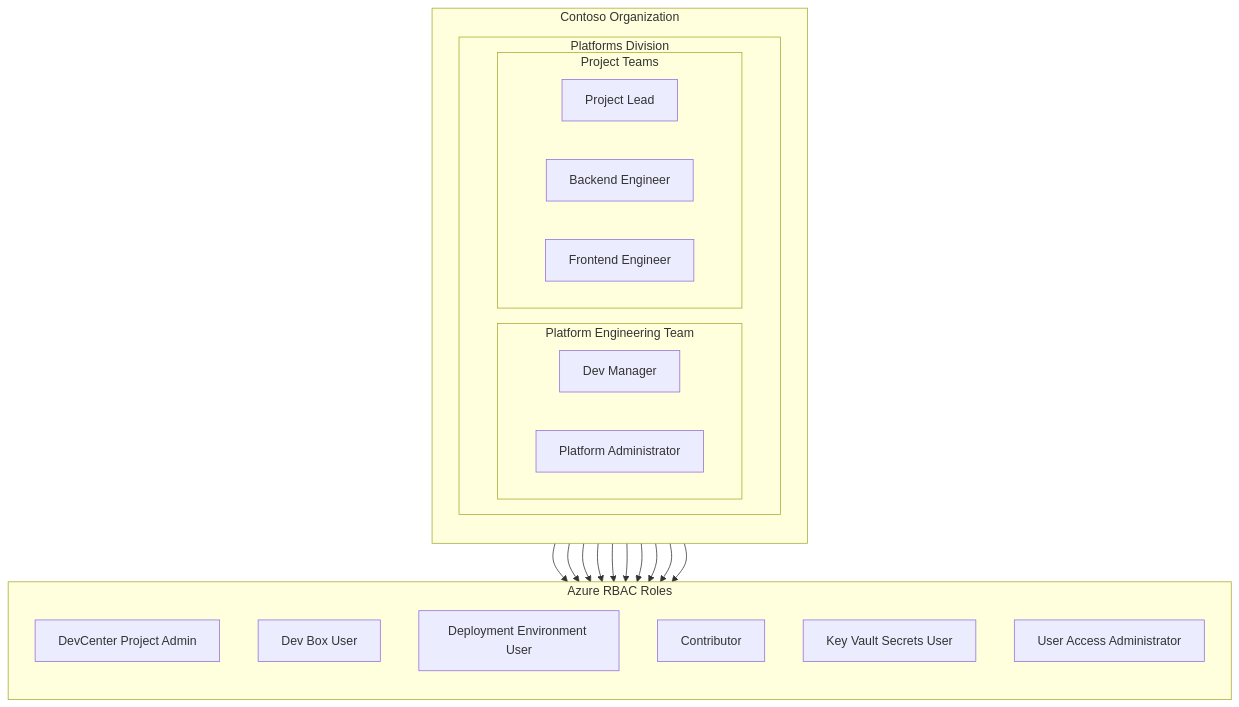
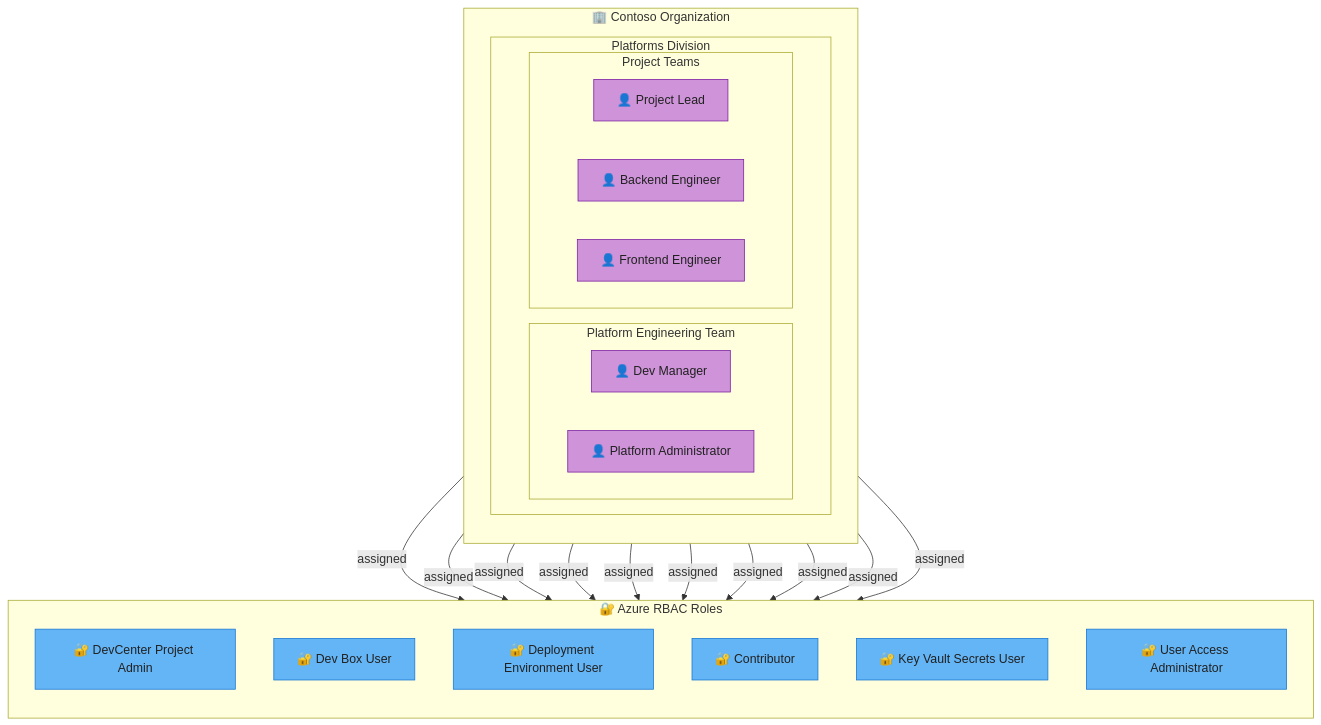
Before and after one commit to Evilazaro/DevExp-DevBox: the fifth of 5 diagrams in docs/architecture/Business.md, drawn with Mermaid. The commit also changed other lines of this file, not shown here.

Commit message:
docs: enhance Business Architecture diagrams with improved clarity, emoji labels, and Material Design styling

````diff
--- a/docs/architecture/Business.md
+++ b/docs/architecture/Business.md
@@ -370,40 +461,49 @@
 ```mermaid
 flowchart TB
-    subgraph Organization["Contoso Organization"]
+    direction TB
+
+    subgraph organization["🏢 Contoso Organization"]
         direction TB
-        subgraph Division["Platforms Division"]
+        subgraph division["Platforms Division"]
             direction LR
-            subgraph PlatformTeam["Platform Engineering Team"]
-                DM["Dev Manager"]
-                PA["Platform Administrator"]
+
+            subgraph platformTeam["Platform Engineering Team"]
+                devManager["👤 Dev Manager"]
+                platformAdmin["👤 Platform Administrator"]
             end
 
-            subgraph ProjectTeam["Project Teams"]
-                PL["Project Lead"]
-                BE["Backend Engineer"]
-                FE["Frontend Engineer"]
+            subgraph projectTeams["Project Teams"]
+                projectLead["👤 Project Lead"]
+                backendEngineer["👤 Backend Engineer"]
+                frontendEngineer["👤 Frontend Engineer"]
             end
         end
     end
 
-    subgraph Roles["Azure RBAC Roles"]
+    subgraph rbacRoles["🔐 Azure RBAC Roles"]
         direction TB
-        R1["DevCenter Project Admin"]
-        R2["Dev Box User"]
-        R3["Deployment Environment User"]
-        R4["Contributor"]
-        R5["Key Vault Secrets User"]
-        R6["User Access Administrator"]
+        devCenterProjectAdmin["🔐 DevCenter Project Admin"]
+        devBoxUser["🔐 Dev Box User"]
+        deploymentEnvUser["🔐 Deployment Environment User"]
+        contributor["🔐 Contributor"]
+        keyVaultSecretsUser["🔐 Key Vault Secrets User"]
+        userAccessAdmin["🔐 User Access Administrator"]
     end
 
-    DM --> R1
-    DM --> R6
-    PA --> R4
-    PA --> R5
-    PL --> R1
-    PL --> R3
-    BE --> R2
-    BE --> R3
-    FE --> R2
-    FE --> R3
+    devManager -->|"assigned"| devCenterProjectAdmin
+    devManager -->|"assigned"| userAccessAdmin
+    platformAdmin -->|"assigned"| contributor
+    platformAdmin -->|"assigned"| keyVaultSecretsUser
+    projectLead -->|"assigned"| devCenterProjectAdmin
+    projectLead -->|"assigned"| deploymentEnvUser
+    backendEngineer -->|"assigned"| devBoxUser
+    backendEngineer -->|"assigned"| deploymentEnvUser
+    frontendEngineer -->|"assigned"| devBoxUser
+    frontendEngineer -->|"assigned"| deploymentEnvUser
+
+    classDef actor fill:#CE93D8,stroke:#7B1FA2,color:#212121
+    classDef role fill:#64B5F6,stroke:#1976D2,color:#212121
+
+    class devManager,platformAdmin,projectLead,backendEngineer,frontendEngineer actor
+    class devCenterProjectAdmin,devBoxUser,deploymentEnvUser,contributor,keyVaultSecretsUser,userAccessAdmin role
 ```
````
